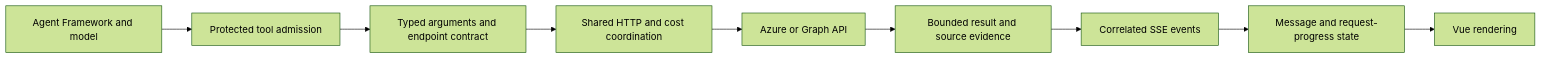
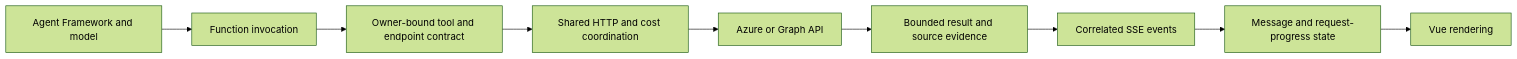
Before and after one commit to Azure-Samples/azure-finops-agent: the diagram in docs/architecture.md, drawn with Mermaid (forest theme). The commit also changed other lines of this file and 15 other files, not shown here.

````diff
--- a/docs/architecture.md
+++ b/docs/architecture.md
@@ -7,11 +7,11 @@
 ```mermaid
 flowchart LR
-    Model[Agent Framework and model] --> Admission[Protected tool admission]
-    Admission --> Tool[Typed arguments and endpoint contract]
+    Model[Agent Framework and model] --> Invoker[Function invocation]
+    Invoker --> Tool[Owner-bound tool and endpoint contract]
     Tool --> Transport[Shared HTTP and cost coordination]
     Transport --> Provider[Azure or Graph API]
     Provider --> Evidence[Bounded result and source evidence]
     Evidence --> Events[Correlated SSE events]
     Events --> State[Message and request-progress state]
     State --> View[Vue rendering]
 ```
````
